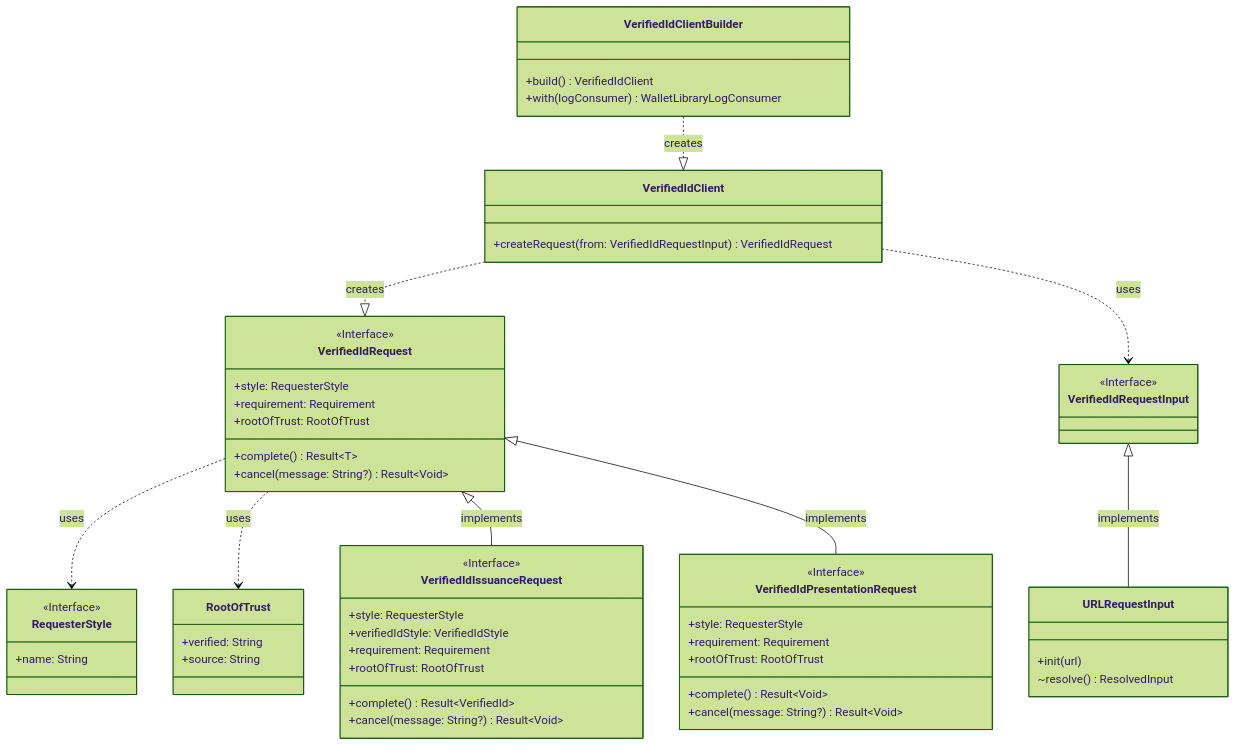
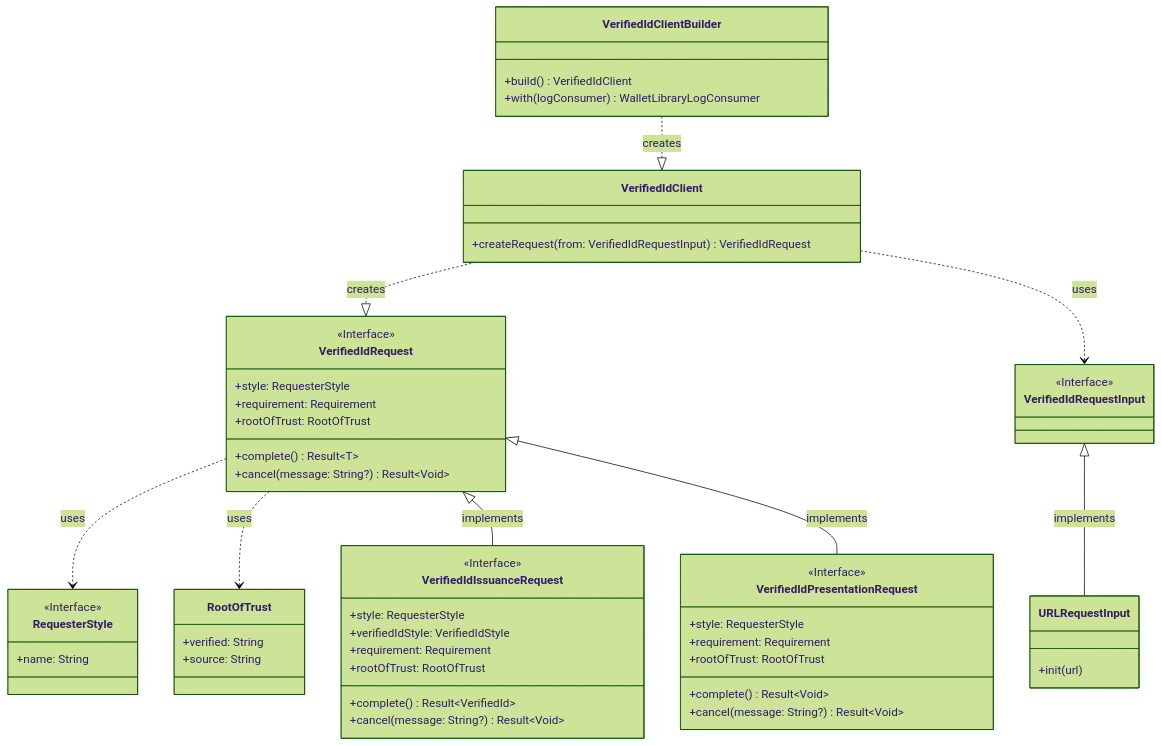
Before and after one commit to microsoft/entra-verifiedid-wallet-library-ios: the first of 3 diagrams in Docs/LibraryArchitecture.md, drawn with Mermaid (forest theme). The commit also changed 1 other file, not shown here.

Commit message:
Add Internal Arch Docs

````diff
--- a/Docs/LibraryArchitecture.md
+++ b/Docs/LibraryArchitecture.md
@@ -5,57 +5,56 @@
 ```mermaid
 classDiagram
 VerifiedIdClientBuilder ..|> VerifiedIdClient: creates
 VerifiedIdClient ..|> VerifiedIdRequest: creates
 VerifiedIdRequest ..> RequesterStyle: uses
 VerifiedIdRequest ..> RootOfTrust: uses
 VerifiedIdRequest <|-- VerifiedIdIssuanceRequest: implements
 VerifiedIdRequest <|-- VerifiedIdPresentationRequest: implements
 VerifiedIdClient ..> VerifiedIdRequestInput: uses
 VerifiedIdRequestInput <|-- URLRequestInput: implements
 class VerifiedIdClientBuilder{
     +build() VerifiedIdClient
     +with(logConsumer) WalletLibraryLogConsumer
 }
 class VerifiedIdClient{
     +createRequest(from: VerifiedIdRequestInput) VerifiedIdRequest
 }
 <<Interface>> VerifiedIdRequestInput
 class URLRequestInput{
     +init(url)
-    ~resolve() ResolvedInput
 }
 <<Interface>> VerifiedIdRequest
 class VerifiedIdRequest{
     +style: RequesterStyle
     +requirement: Requirement
     +rootOfTrust: RootOfTrust
     +complete() Result<<T>T>
     +cancel(message: String?) Result<<T>Void>
 }
 <<Interface>> VerifiedIdIssuanceRequest
 class VerifiedIdIssuanceRequest{
     +style: RequesterStyle
     +verifiedIdStyle: VerifiedIdStyle
     +requirement: Requirement
     +rootOfTrust: RootOfTrust
     +complete() Result<<T>VerifiedId>
     +cancel(message: String?) Result<<T>Void>
 }
 <<Interface>> VerifiedIdPresentationRequest
 class VerifiedIdPresentationRequest{
     +style: RequesterStyle
     +requirement: Requirement
     +rootOfTrust: RootOfTrust
     +complete() Result<<T>Void>
     +cancel(message: String?) Result<<T>Void>
 }
 
 class RootOfTrust{
     +verified: String
     +source: String
 }
 <<Interface>> RequesterStyle
 class RequesterStyle{
     +name: String
 }
 ```
````
